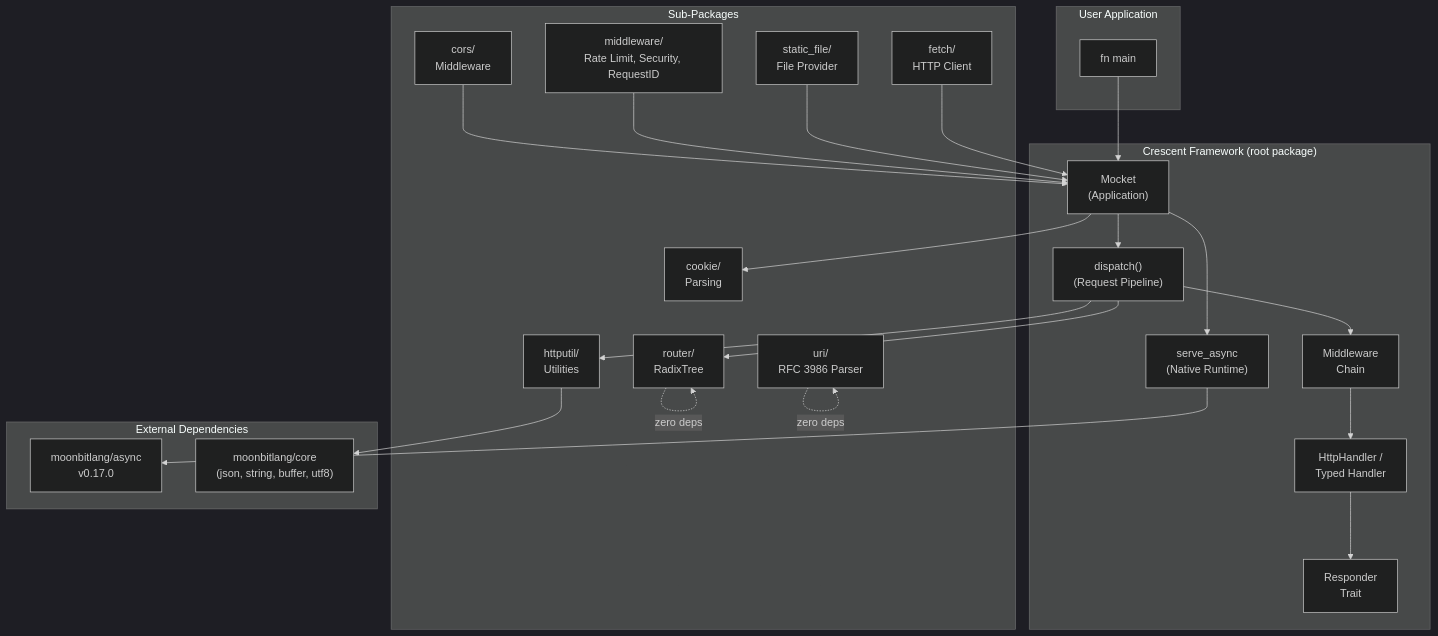
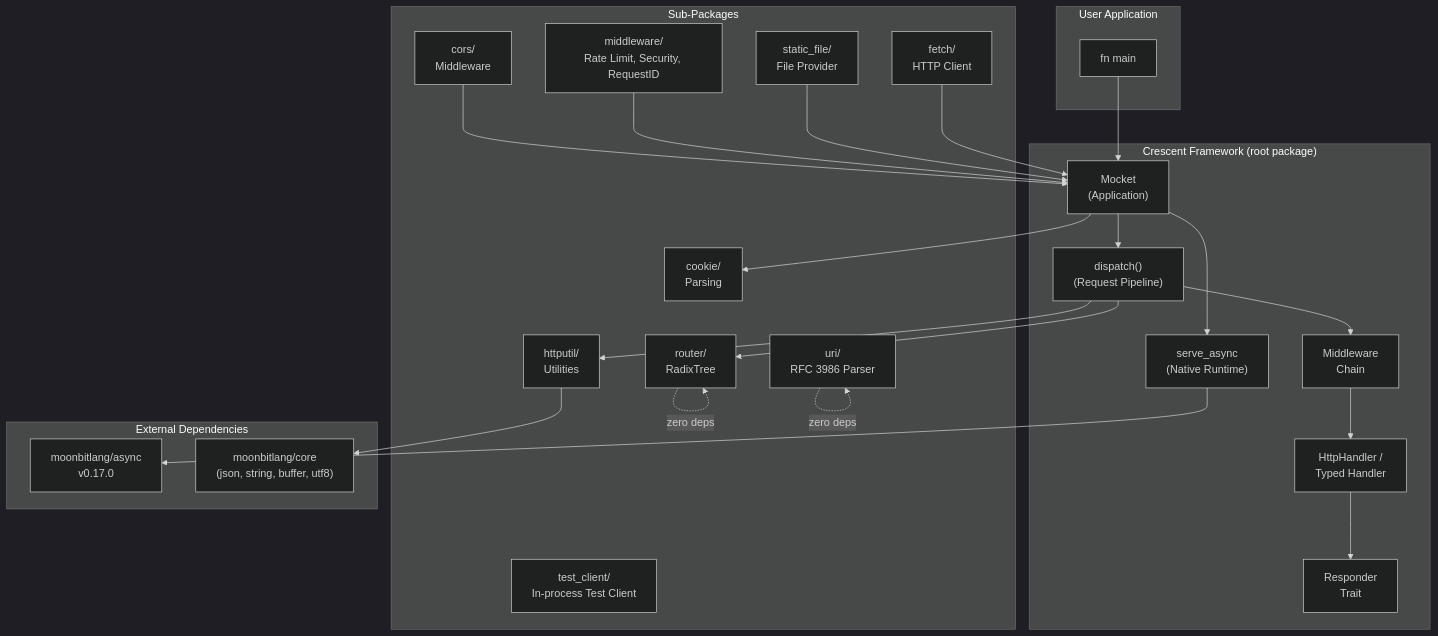
The first of 7 diagrams in ARCHITECTURE.md (bobzhang/mocket), drawn with Mermaid (dark theme) before and after one commit. The commit also changed other lines of this file and 16 other files, not shown here.

First line of the commit message:
Extract TestClient into bobzhang/crescent/test_client sub-package

````diff
--- a/ARCHITECTURE.md
+++ b/ARCHITECTURE.md
@@ -207,47 +207,48 @@
 ```mermaid
 graph TB
     subgraph "User Application"
         APP["fn main"]
     end
 
     subgraph "Crescent Framework (root package)"
         MOCKET["Mocket<br/>(Application)"]
         DISPATCH["dispatch()<br/>(Request Pipeline)"]
         MW["Middleware<br/>Chain"]
         HANDLER["HttpHandler /<br/>Typed Handler"]
         RESPONDER["Responder<br/>Trait"]
         SERVE["serve_async<br/>(Native Runtime)"]
     end
 
     subgraph "Sub-Packages"
         ROUTER["router/<br/>RadixTree"]
         HTTP["httputil/<br/>Utilities"]
         COOKIE["cookie/<br/>Parsing"]
         CORS["cors/<br/>Middleware"]
         MIDDLEWARE["middleware/<br/>Rate Limit, Security, RequestID"]
         URI["uri/<br/>RFC 3986 Parser"]
         STATICFILE["static_file/<br/>File Provider"]
         FETCH["fetch/<br/>HTTP Client"]
+        TESTCLIENT["test_client/<br/>In-process Test Client"]
     end
 
     subgraph "External Dependencies"
         ASYNC["moonbitlang/async<br/>v0.17.0"]
         CORE["moonbitlang/core<br/>(json, string, buffer, utf8)"]
     end
 
     APP --> MOCKET
     MOCKET --> DISPATCH
     DISPATCH --> MW --> HANDLER --> RESPONDER
     MOCKET --> SERVE
     SERVE --> ASYNC
     DISPATCH --> ROUTER
     DISPATCH --> HTTP
     MOCKET --> COOKIE
     CORS --> MOCKET
     MIDDLEWARE --> MOCKET
     STATICFILE --> MOCKET
     FETCH --> MOCKET
     HTTP --> CORE
     ROUTER -.->|zero deps| ROUTER
     URI -.->|zero deps| URI
 ```
````
